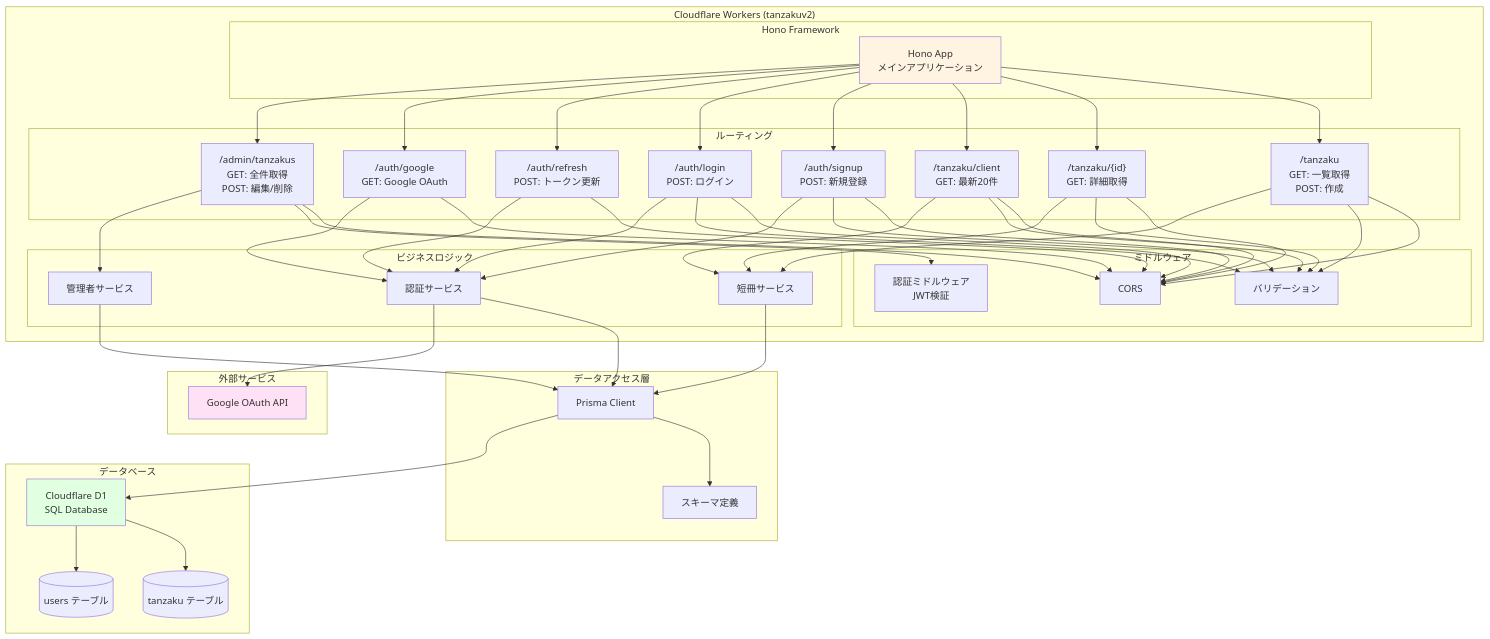
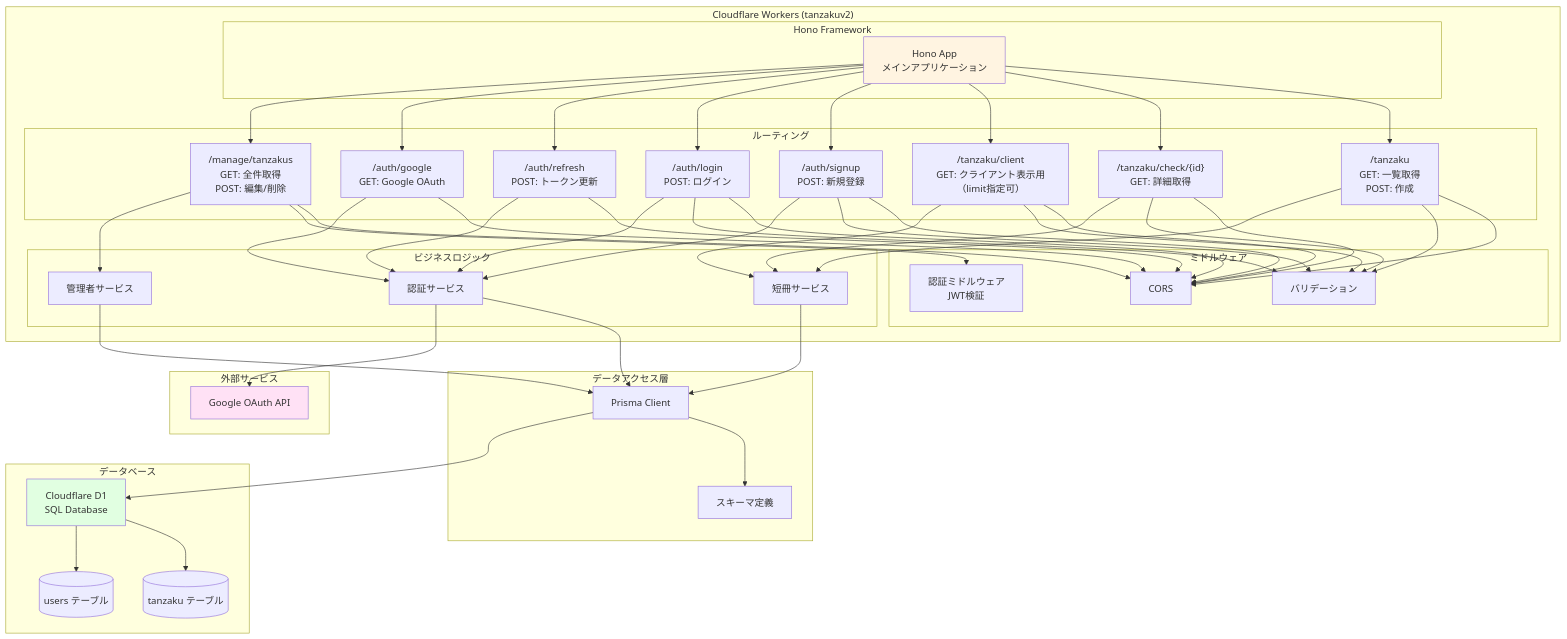
Before and after one commit to itl-marubu/tanzaku-frontend-v2: the third of 4 diagrams in architecture.md, drawn with Mermaid. The commit also changed other lines of this file and 6 other files, not shown here.

```diff
--- a/architecture.md
+++ b/architecture.md
@@ -171,13 +171,13 @@
         
         subgraph "ルーティング"
             R1["/tanzaku<br/>GET: 一覧取得<br/>POST: 作成"]
-            R2["/tanzaku/{id}<br/>GET: 詳細取得"]
-            R3["/tanzaku/client<br/>GET: 最新20件"]
+            R2["/tanzaku/check/{id}<br/>GET: 詳細取得"]
+            R3["/tanzaku/client<br/>GET: クライアント表示用（limit指定可）"]
             R4["/auth/signup<br/>POST: 新規登録"]
             R5["/auth/login<br/>POST: ログイン"]
             R6["/auth/refresh<br/>POST: トークン更新"]
             R7["/auth/google<br/>GET: Google OAuth"]
-            R8["/admin/tanzakus<br/>GET: 全件取得<br/>POST: 編集/削除"]
+            R8["/manage/tanzakus<br/>GET: 全件取得<br/>POST: 編集/削除"]
         end
         
         subgraph "ミドルウェア"
```
